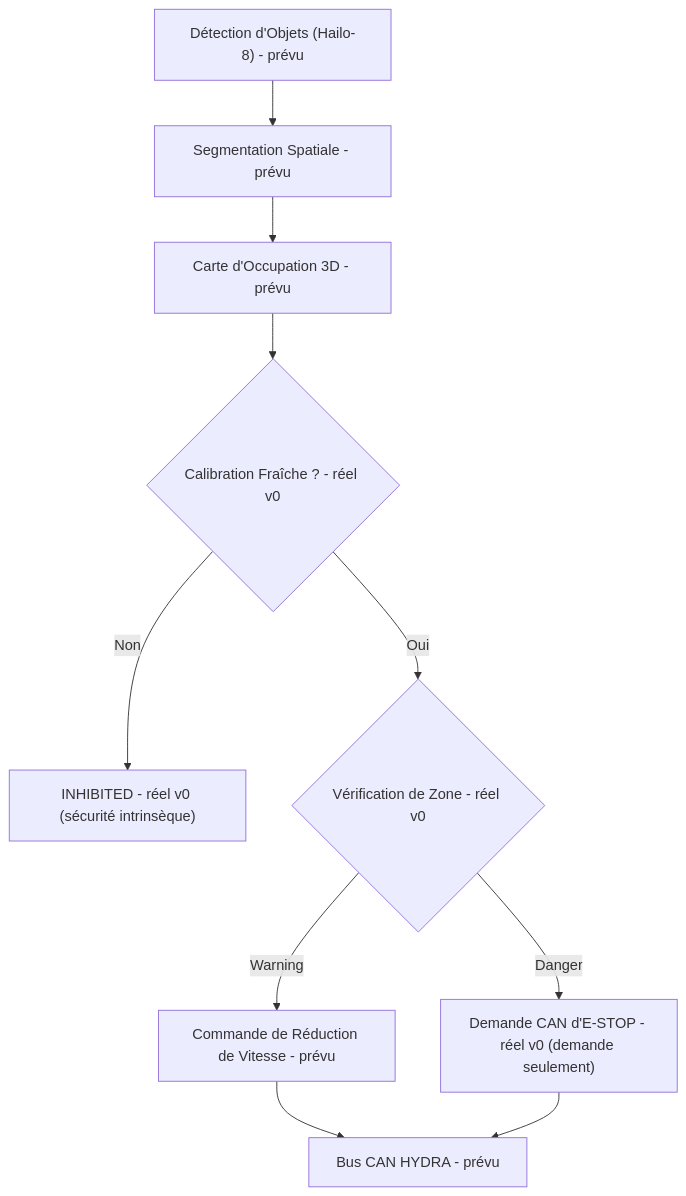
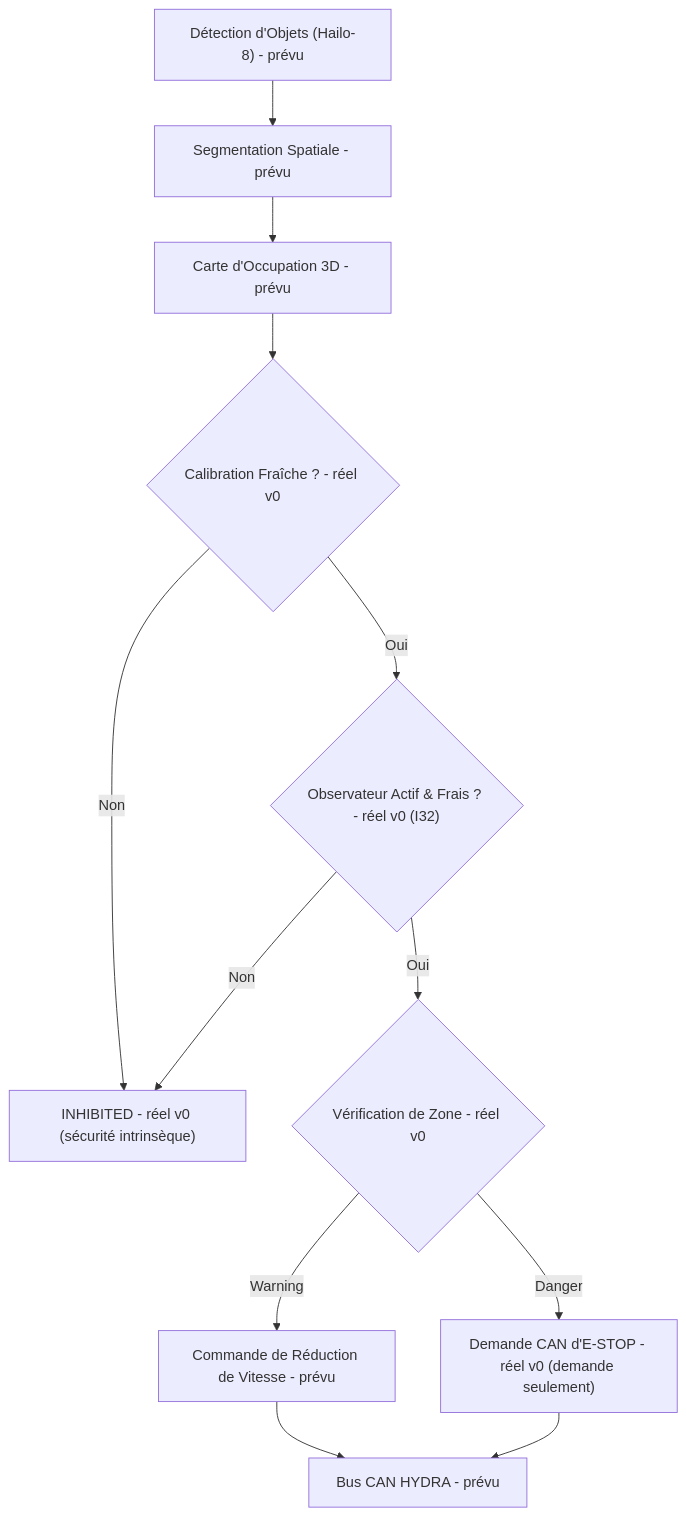
One commit to JuanenRac/HYDRA-UMC-SAFETY-ZONES changed the diagram in README_fra.md. Above: the diagram before and after it, drawn with Mermaid. The commit also changed other lines of this file and 19 other files, not shown here.

````diff
--- a/README_fra.md
+++ b/README_fra.md
@@ -48,12 +49,14 @@
 ```mermaid
 flowchart TB
     DET["Détection d'Objets (Hailo-8) - prévu"] --> SEG["Segmentation Spatiale - prévu"]
     SEG --> MAP["Carte d'Occupation 3D - prévu"]
     MAP --> CAL{"Calibration Fraîche ? - réel v0"}
     CAL -- Non --> INHIBIT["INHIBITED - réel v0 (sécurité intrinsèque)"]
-    CAL -- Oui --> ZONE{"Vérification de Zone - réel v0"}
+    CAL -- Oui --> OBS{"Observateur Actif & Frais ? - réel v0 (I32)"}
+    OBS -- Non --> INHIBIT
+    OBS -- Oui --> ZONE{"Vérification de Zone - réel v0"}
     ZONE -- Warning --> SLOW["Commande de Réduction de Vitesse - prévu"]
     ZONE -- Danger --> STOP["Demande CAN d'E-STOP - réel v0 (demande seulement)"]
     SLOW --> CAN["Bus CAN HYDRA - prévu"]
     STOP --> CAN
 ```
````
